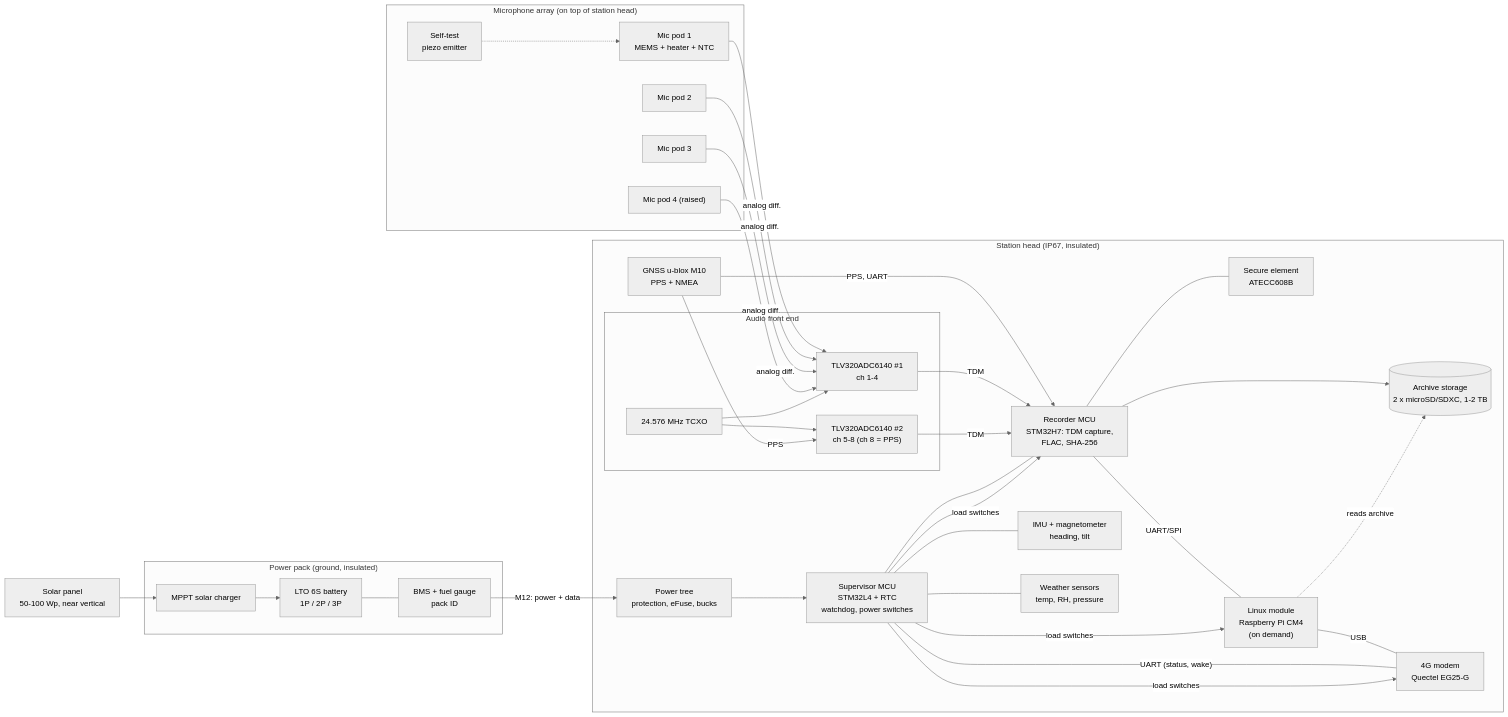
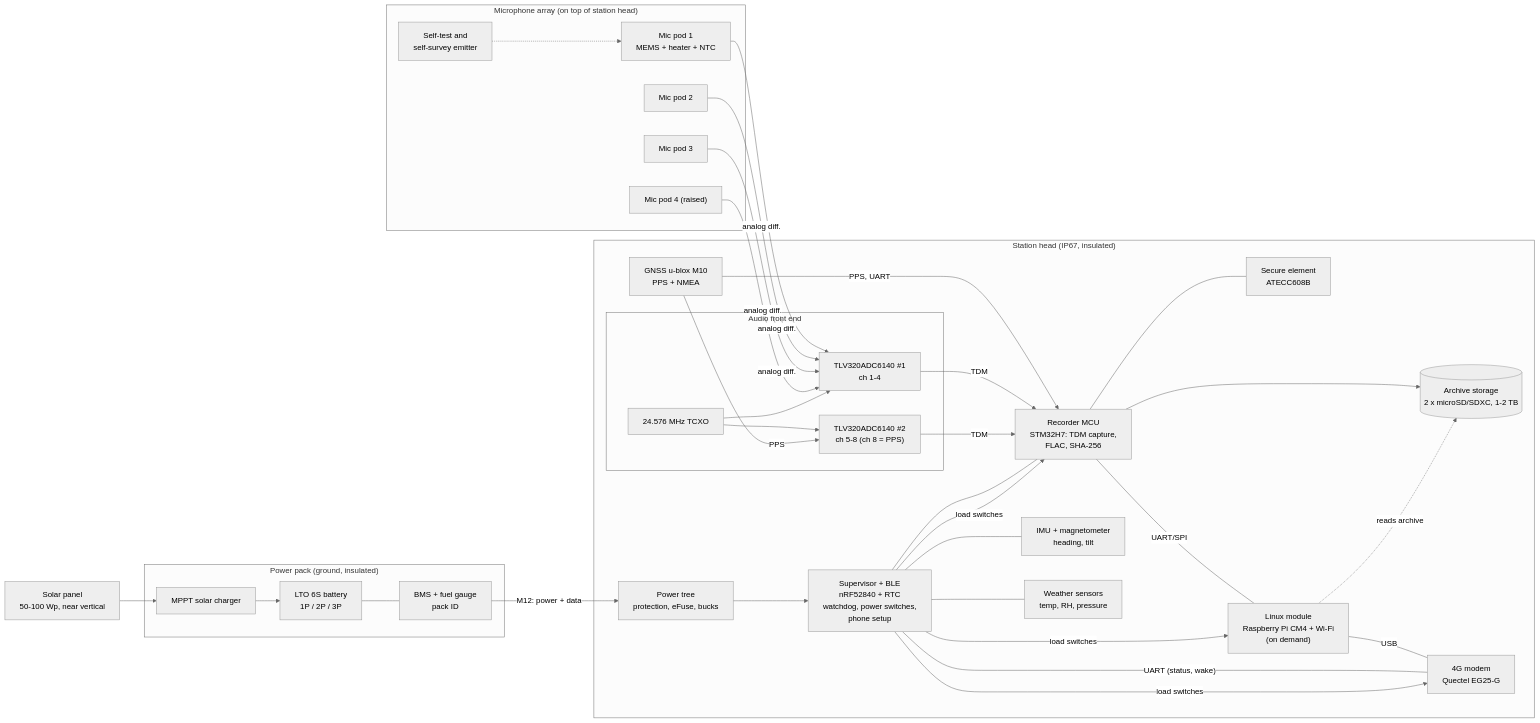
Before and after one commit to wulderoust/lintu-bongari: the diagram in docs/hardware.md, drawn with Mermaid (neutral theme). The commit also changed other lines of this file, not shown here.

First line of the commit message:
hardware: add multi-station bird localisation and phone setup

````diff
--- a/docs/hardware.md
+++ b/docs/hardware.md
@@ -25,55 +27,55 @@
 ```mermaid
 flowchart LR
   subgraph ARRAY["Microphone array (on top of station head)"]
     M1["Mic pod 1<br/>MEMS + heater + NTC"]
     M2["Mic pod 2"]
     M3["Mic pod 3"]
     M4["Mic pod 4 (raised)"]
-    ST["Self-test<br/>piezo emitter"]
+    ST["Self-test and<br/>self-survey emitter"]
   end
 
   subgraph HEAD["Station head (IP67, insulated)"]
     subgraph AFE["Audio front end"]
       ADC1["TLV320ADC6140 #1<br/>ch 1-4"]
       ADC2["TLV320ADC6140 #2<br/>ch 5-8 (ch 8 = PPS)"]
       TCXO["24.576 MHz TCXO"]
     end
     REC["Recorder MCU<br/>STM32H7: TDM capture,<br/>FLAC, SHA-256"]
     SD[("Archive storage<br/>2 x microSD/SDXC, 1-2 TB")]
     SE["Secure element<br/>ATECC608B"]
-    SUP["Supervisor MCU<br/>STM32L4 + RTC<br/>watchdog, power switches"]
-    SOM["Linux module<br/>Raspberry Pi CM4<br/>(on demand)"]
+    SUP["Supervisor + BLE<br/>nRF52840 + RTC<br/>watchdog, power switches,<br/>phone setup"]
+    SOM["Linux module<br/>Raspberry Pi CM4 + Wi-Fi<br/>(on demand)"]
     LTE["4G modem<br/>Quectel EG25-G"]
     GNSS["GNSS u-blox M10<br/>PPS + NMEA"]
     IMU["IMU + magnetometer<br/>heading, tilt"]
     ENV["Weather sensors<br/>temp, RH, pressure"]
     PWR["Power tree<br/>protection, eFuse, bucks"]
   end
 
   subgraph PACK["Power pack (ground, insulated)"]
     BAT["LTO 6S battery<br/>1P / 2P / 3P"]
     BMS["BMS + fuel gauge<br/>pack ID"]
     MPPT["MPPT solar charger"]
   end
   PV["Solar panel<br/>50-100 Wp, near vertical"]
 
   M1 & M2 & M3 & M4 -- "analog diff." --> ADC1
   ST -.-> M1
   TCXO --> ADC1 & ADC2
   GNSS -- "PPS" --> ADC2
   GNSS -- "PPS, UART" --> REC
   ADC1 & ADC2 -- "TDM" --> REC
   REC --> SD
   REC --- SE
   REC -- "UART/SPI" --- SOM
   SOM -- "USB" --- LTE
   SUP -- "UART (status, wake)" --- LTE
   SUP --- REC
   SUP --- IMU & ENV
   SUP -- "load switches" --> SOM & LTE & REC
   SOM -. "reads archive" .-> SD
   PV --> MPPT --> BAT
   BAT --- BMS
   BMS -- "M12: power + data" --> PWR
   PWR --> SUP
 ```
````
